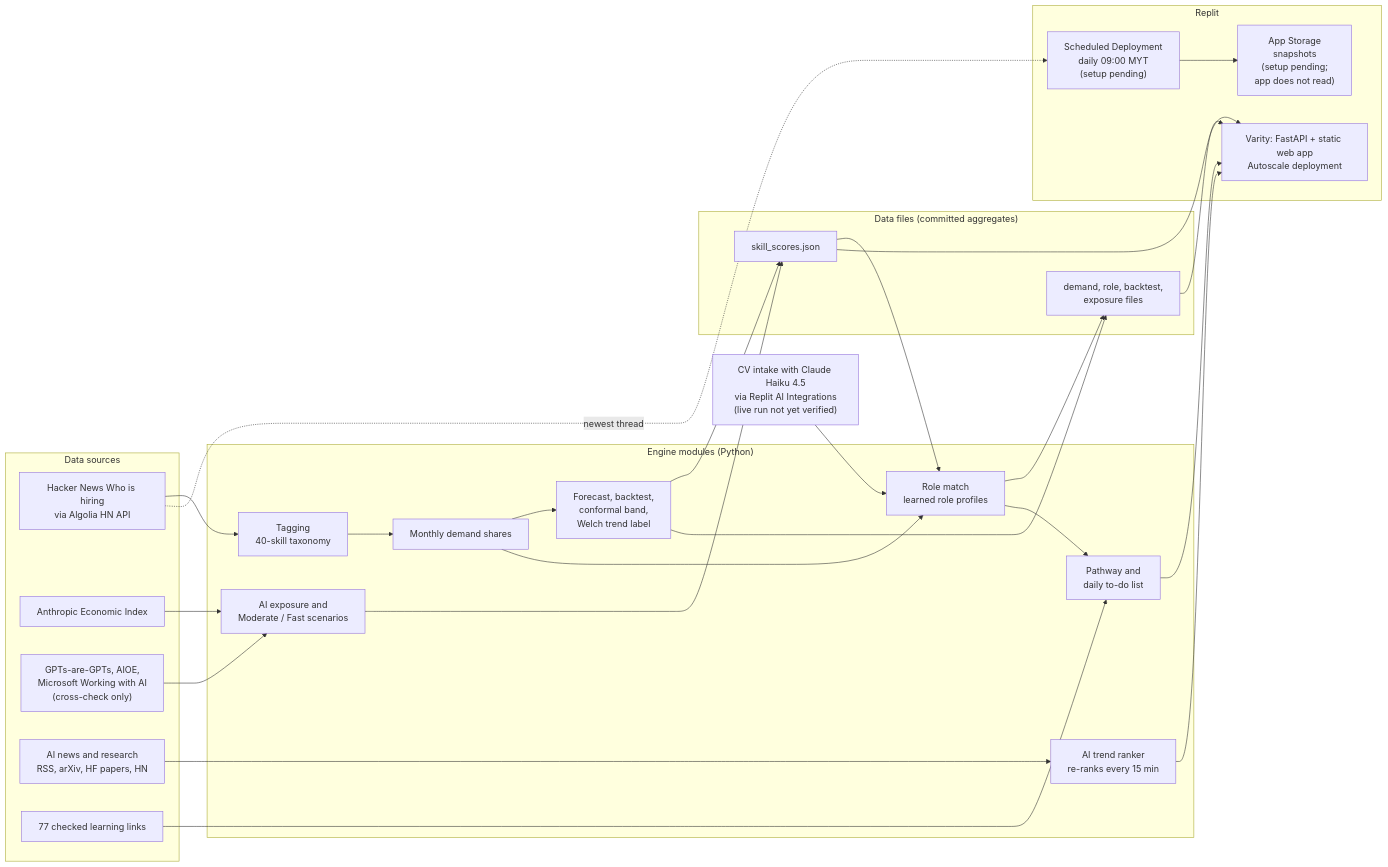
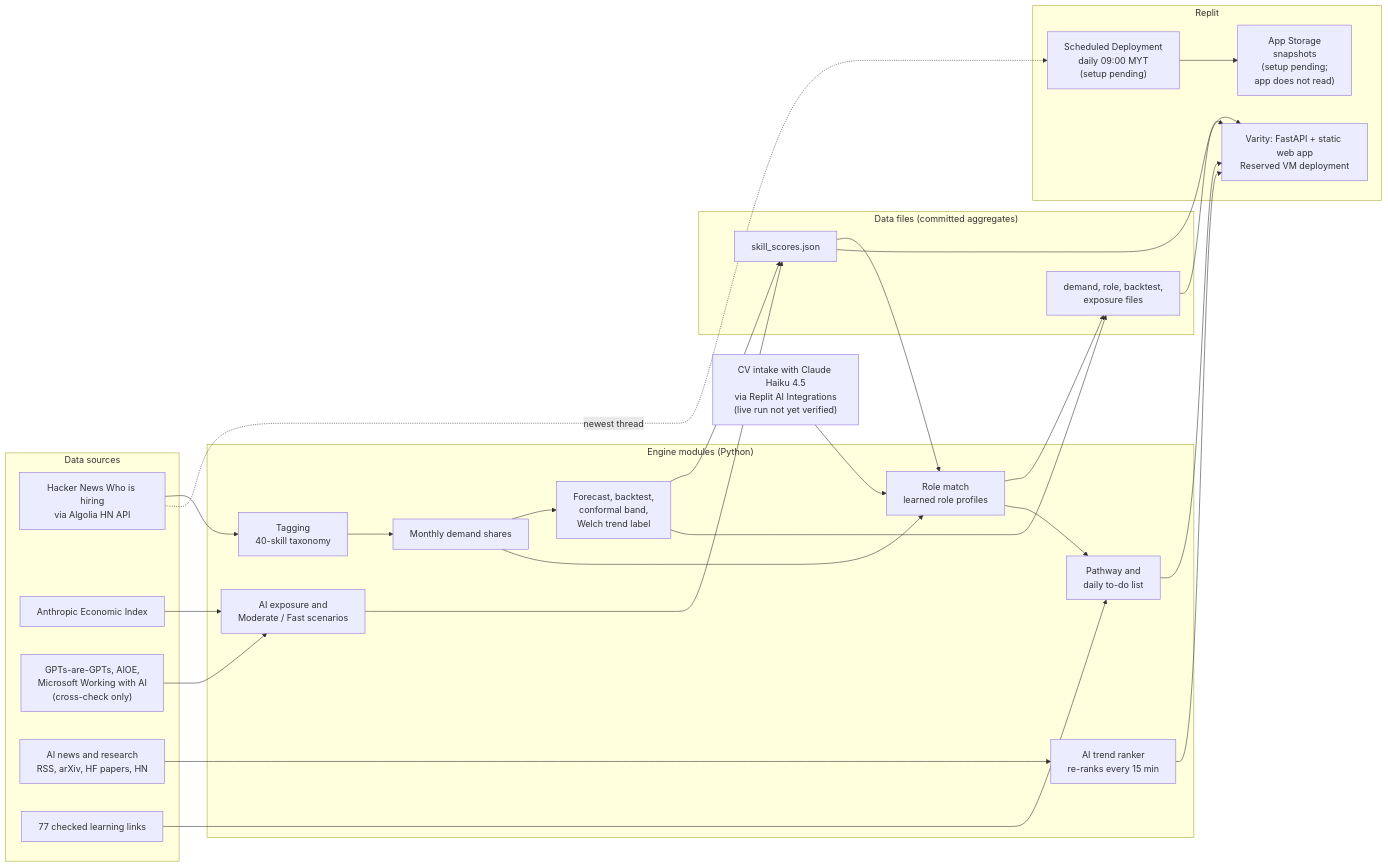
The diagram in docs/submission/preliminary-proposal.md (TayEeZhan/varity), drawn with Mermaid before and after one commit. The commit also changed other lines of this file and 24 other files, not shown here.

````diff
--- a/docs/submission/preliminary-proposal.md
+++ b/docs/submission/preliminary-proposal.md
@@ -71,42 +71,42 @@
 ```mermaid
 flowchart LR
   subgraph SRC["Data sources"]
     HN["Hacker News Who is hiring<br/>via Algolia HN API"]
     AEI["Anthropic Economic Index"]
     XCHK["GPTs-are-GPTs, AIOE,<br/>Microsoft Working with AI<br/>(cross-check only)"]
     NEWS["AI news and research<br/>RSS, arXiv, HF papers, HN"]
     RES["77 checked learning links"]
   end
   subgraph ENG["Engine modules (Python)"]
     TAG["Tagging<br/>40-skill taxonomy"]
     DEM["Monthly demand shares"]
     FC["Forecast, backtest,<br/>conformal band,<br/>Welch trend label"]
     EXP["AI exposure and<br/>Moderate / Fast scenarios"]
     ROLE["Role match<br/>learned role profiles"]
     PATH["Pathway and<br/>daily to-do list"]
     RANK["AI trend ranker<br/>re-ranks every 15 min"]
   end
   subgraph FILES["Data files (committed aggregates)"]
     SCORES["skill_scores.json"]
     OTHER["demand, role, backtest,<br/>exposure files"]
   end
   subgraph REPLIT["Replit"]
-    APP["Varity: FastAPI + static web app<br/>Autoscale deployment"]
+    APP["Varity: FastAPI + static web app<br/>Reserved VM deployment"]
     STORE["App Storage<br/>snapshots<br/>(setup pending;<br/>app does not read)"]
     JOB["Scheduled Deployment<br/>daily 09:00 MYT<br/>(setup pending)"]
   end
   HN --> TAG --> DEM --> FC --> SCORES
   AEI --> EXP --> SCORES
   XCHK --> EXP
   DEM --> ROLE --> OTHER
   FC --> OTHER
   NEWS --> RANK --> APP
   RES --> PATH
   SCORES --> ROLE --> PATH
   SCORES --> APP
   OTHER --> APP
   PATH --> APP
   JOB --> STORE
   HN -. "newest thread" .-> JOB
   CV["CV intake with Claude Haiku 4.5<br/>via Replit AI Integrations<br/>(live run not yet verified)"] --> ROLE
 ```
````
